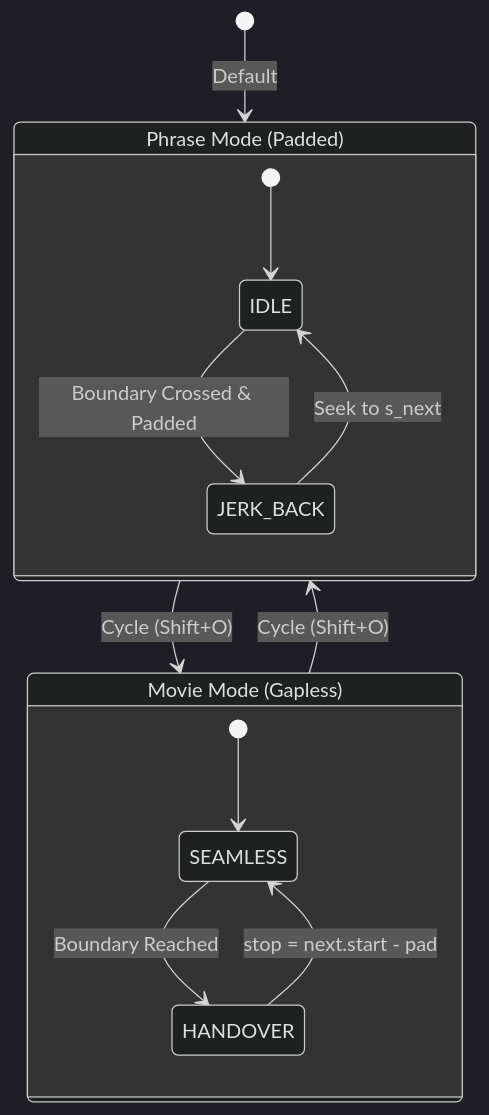
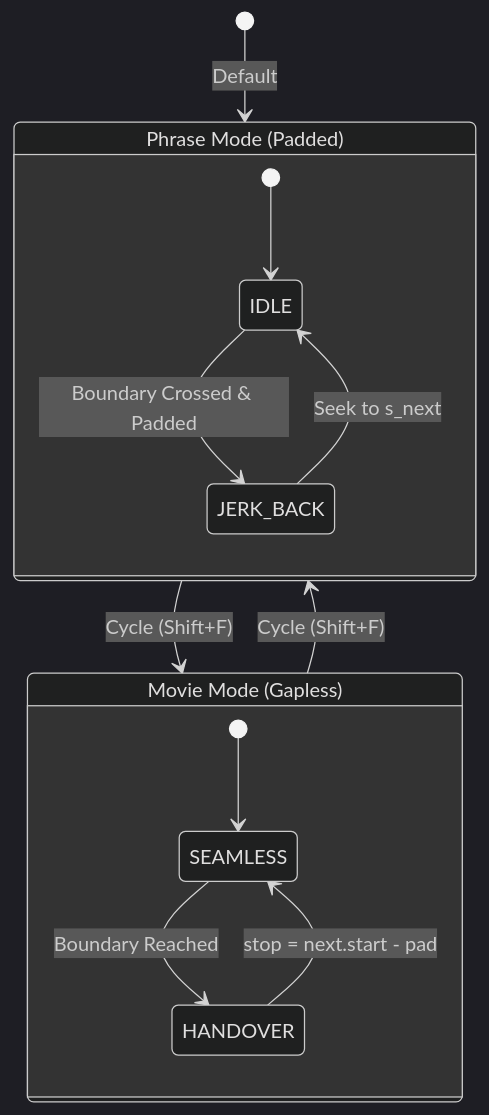
One commit to voothi/20260308110646-kardenwort-mpv changed the second of 22 diagrams in openspec/specs/fsm-architecture/state-diagram.md. Above: the diagram before and after it, drawn with Mermaid (dark theme). The commit also changed other lines of this file and 1 other file, not shown here.

````diff
--- a/openspec/specs/fsm-architecture/state-diagram.md
+++ b/openspec/specs/fsm-architecture/state-diagram.md
@@ -46,22 +46,22 @@
 ```mermaid
 stateDiagram-v2
     [*] --> PHRASE_MODE : Default
     
     state "Phrase Mode (Padded)" as PHRASE_MODE
     state "Movie Mode (Gapless)" as MOVIE_MODE
     
-    PHRASE_MODE --> MOVIE_MODE : Cycle (Shift+O)
-    MOVIE_MODE --> PHRASE_MODE : Cycle (Shift+O)
+    PHRASE_MODE --> MOVIE_MODE : Cycle (Shift+F)
+    MOVIE_MODE --> PHRASE_MODE : Cycle (Shift+F)
     
     state PHRASE_MODE {
         [*] --> IDLE
         IDLE --> JERK_BACK : Boundary Crossed & Padded
         JERK_BACK --> IDLE : Seek to s_next
     }
     
     state MOVIE_MODE {
         [*] --> SEAMLESS
         SEAMLESS --> HANDOVER : Boundary Reached
         HANDOVER --> SEAMLESS : stop = next.start - pad
     }
 ```
````
